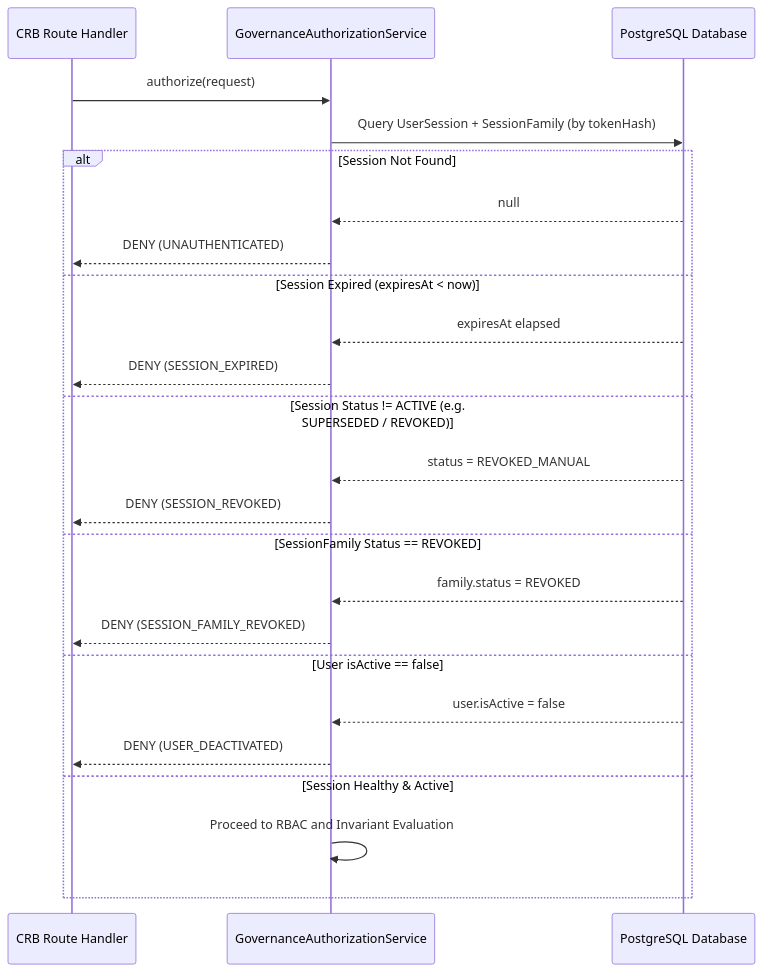
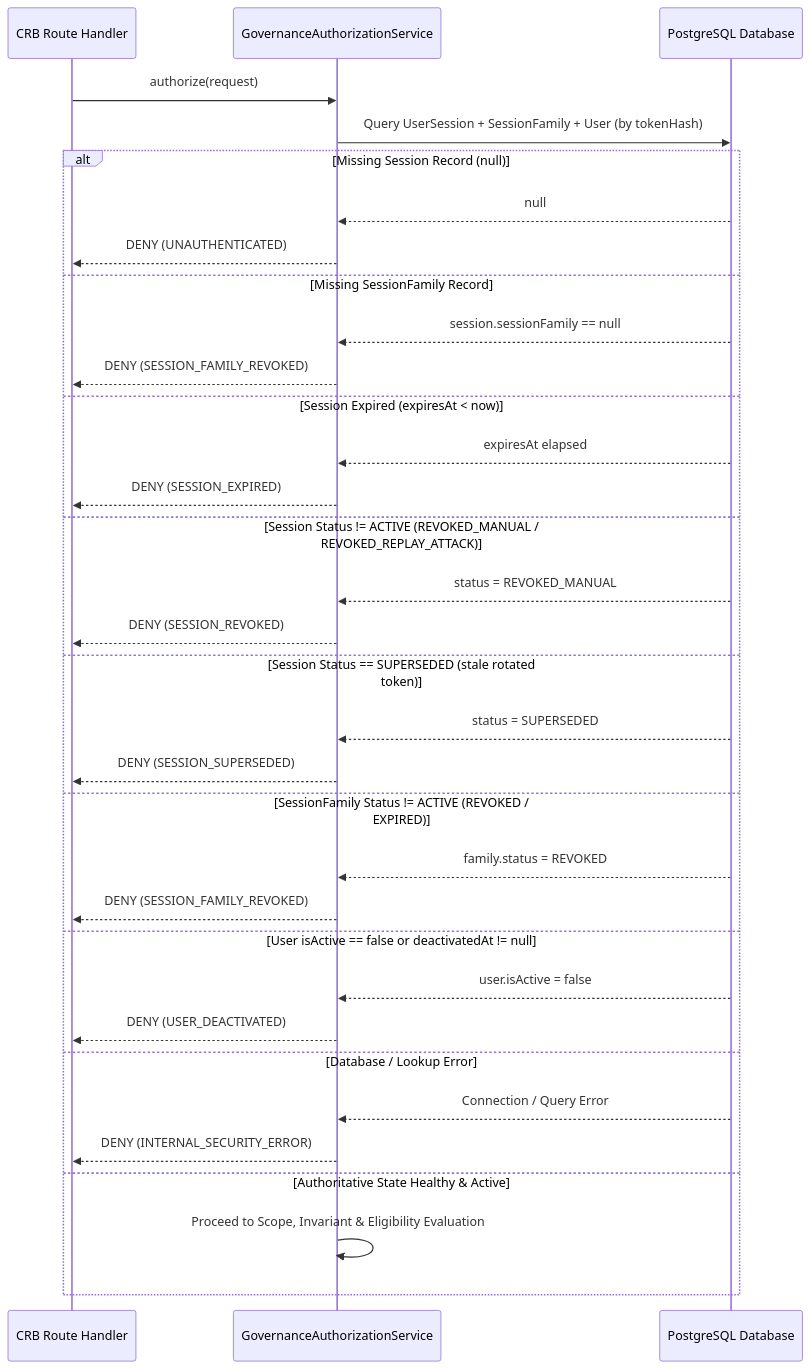
Before and after one commit to hariiii8/DentalVis: the third of 3 diagrams in docs/architecture/M6_1_3_GOVERNANCE_AUTHORIZATION_SERVICE_PLAN.md, drawn with Mermaid. The commit also changed other lines of this file, not shown here.

````diff
--- a/docs/architecture/M6_1_3_GOVERNANCE_AUTHORIZATION_SERVICE_PLAN.md
+++ b/docs/architecture/M6_1_3_GOVERNANCE_AUTHORIZATION_SERVICE_PLAN.md
@@ -264,28 +296,37 @@
 ```mermaid
 sequenceDiagram
     participant Route as CRB Route Handler
     participant AuthZ as GovernanceAuthorizationService
     participant DB as PostgreSQL Database
     
     Route->>AuthZ: authorize(request)
-    AuthZ->>DB: Query UserSession + SessionFamily (by tokenHash)
+    AuthZ->>DB: Query UserSession + SessionFamily + User (by tokenHash)
     
-    alt Session Not Found
+    alt Missing Session Record (null)
         DB-->>AuthZ: null
         AuthZ-->>Route: DENY (UNAUTHENTICATED)
+    else Missing SessionFamily Record
+        DB-->>AuthZ: session.sessionFamily == null
+        AuthZ-->>Route: DENY (SESSION_FAMILY_REVOKED)
     else Session Expired (expiresAt < now)
         DB-->>AuthZ: expiresAt elapsed
         AuthZ-->>Route: DENY (SESSION_EXPIRED)
-    else Session Status != ACTIVE (e.g. SUPERSEDED / REVOKED)
+    else Session Status != ACTIVE (REVOKED_MANUAL / REVOKED_REPLAY_ATTACK)
         DB-->>AuthZ: status = REVOKED_MANUAL
         AuthZ-->>Route: DENY (SESSION_REVOKED)
-    else SessionFamily Status == REVOKED
+    else Session Status == SUPERSEDED (stale rotated token)
+        DB-->>AuthZ: status = SUPERSEDED
+        AuthZ-->>Route: DENY (SESSION_SUPERSEDED)
+    else SessionFamily Status != ACTIVE (REVOKED / EXPIRED)
         DB-->>AuthZ: family.status = REVOKED
         AuthZ-->>Route: DENY (SESSION_FAMILY_REVOKED)
-    else User isActive == false
+    else User isActive == false or deactivatedAt != null
         DB-->>AuthZ: user.isActive = false
         AuthZ-->>Route: DENY (USER_DEACTIVATED)
-    else Session Healthy & Active
-        AuthZ->>AuthZ: Proceed to RBAC and Invariant Evaluation
+    else Database / Lookup Error
+        DB-->>AuthZ: Connection / Query Error
+        AuthZ-->>Route: DENY (INTERNAL_SECURITY_ERROR)
+    else Authoritative State Healthy & Active
+        AuthZ->>AuthZ: Proceed to Scope, Invariant & Eligibility Evaluation
     end
 ```
````
